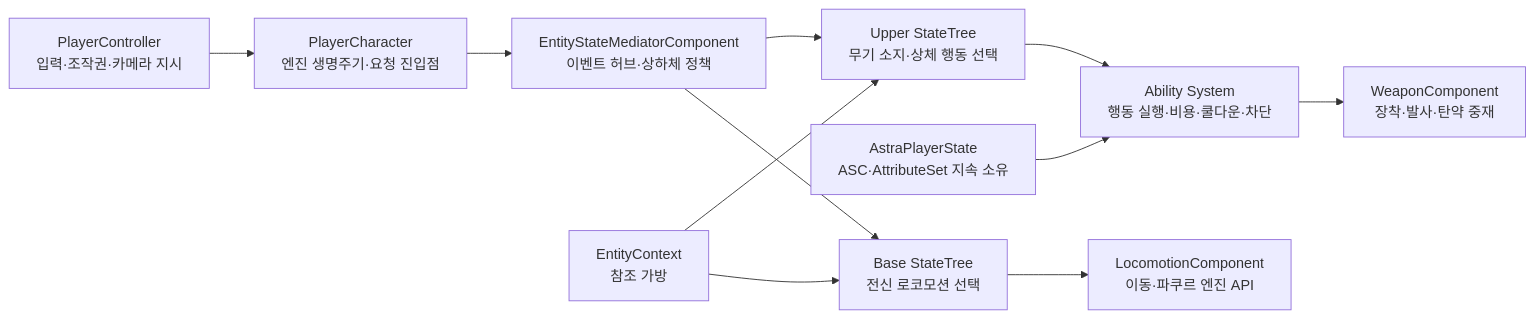
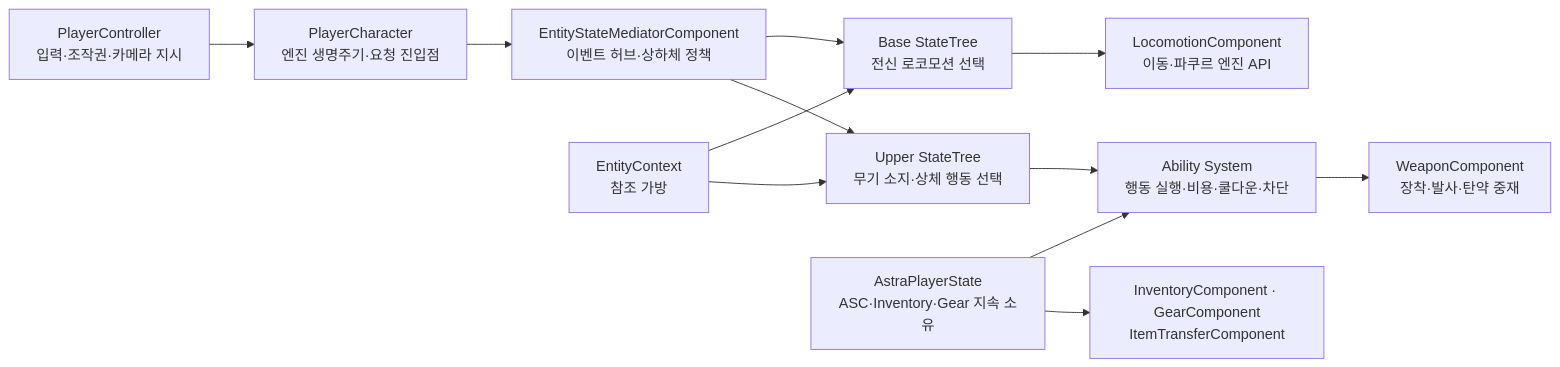
Before and after one commit to liang2papa/Astra_Docs: the diagram in Wiki/00_프로젝트 개요/00_프로젝트 개요.md, drawn with Mermaid. The commit also changed other lines of this file and 11 other files, not shown here.

````diff
--- a/Wiki/00_프로젝트 개요/00_프로젝트 개요.md
+++ b/Wiki/00_프로젝트 개요/00_프로젝트 개요.md
@@ -51,13 +52,14 @@
 ```mermaid
 flowchart LR
     PC["PlayerController\n입력·조작권·카메라 지시"] --> CH["PlayerCharacter\n엔진 생명주기·요청 진입점"]
     CH --> MED["EntityStateMediatorComponent\n이벤트 허브·상하체 정책"]
     MED --> LOWER["Base StateTree\n전신 로코모션 선택"]
     MED --> UPPER["Upper StateTree\n무기 소지·상체 행동 선택"]
     UPPER --> GAS["Ability System\n행동 실행·비용·쿨다운·차단"]
     LOWER --> LOC["LocomotionComponent\n이동·파쿠르 엔진 API"]
     GAS --> WPN["WeaponComponent\n장착·발사·탄약 중재"]
-    PS["AstraPlayerState\nASC·AttributeSet 지속 소유"] --> GAS
+    PS["AstraPlayerState\nASC·Inventory·Gear 지속 소유"] --> GAS
+    PS --> INV["InventoryComponent · GearComponent\nItemTransferComponent"]
     CTX["EntityContext\n참조 가방"] --> LOWER
     CTX --> UPPER
 ```
````
